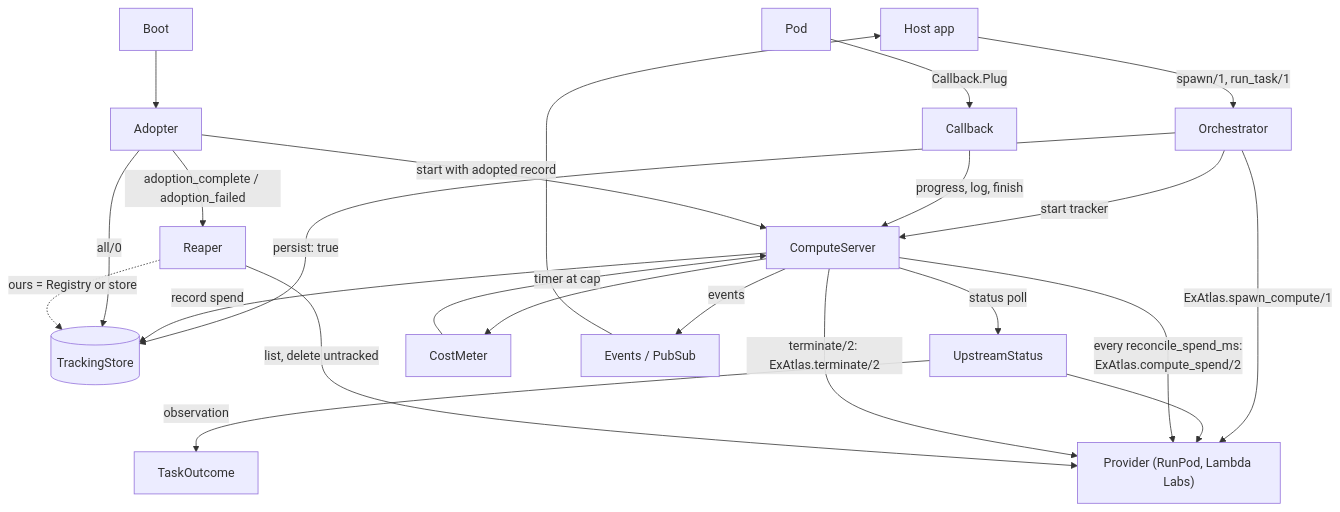
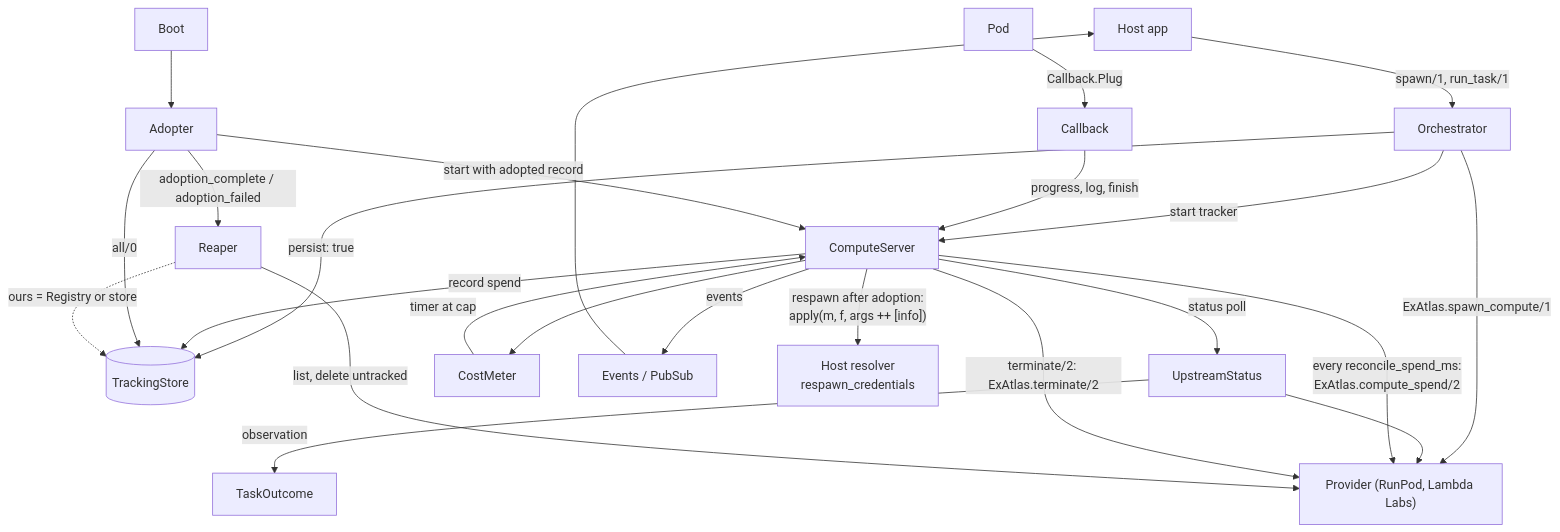
One commit to udin-io/ex_atlas changed the first of 4 diagrams in docs/architecture.md. Above: the diagram before and after it, drawn with Mermaid. The commit also changed other lines of this file and 15 other files, not shown here.

First line of the commit message:
Respawn after adoption: a host resolver re-supplies s3: and env: (#88)

````diff
--- a/docs/architecture.md
+++ b/docs/architecture.md
@@ -59,25 +60,26 @@
 ```mermaid
 flowchart TD
   host["Host app"] -->|"spawn/1, run_task/1"| orc["Orchestrator"]
   orc -->|"ExAtlas.spawn_compute/1"| prov["Provider (RunPod, Lambda Labs)"]
   orc -->|"persist: true"| store[("TrackingStore")]
   orc -->|"start tracker"| cs["ComputeServer"]
   cs -->|"status poll"| us["UpstreamStatus"]
   us --> prov
   us -->|"observation"| to["TaskOutcome"]
   cs --> cm["CostMeter"]
   cm -->|"timer at cap"| cs
   cs -->|"every reconcile_spend_ms:<br/>ExAtlas.compute_spend/2"| prov
   cs -->|"record spend"| store
   cs -->|"events"| ev["Events / PubSub"]
   ev --> host
   cs -->|"terminate/2: ExAtlas.terminate/2"| prov
   pod["Pod"] -->|"Callback.Plug"| cb["Callback"]
   cb -->|"progress, log, finish"| cs
   boot["Boot"] --> ad["Adopter"]
   ad -->|"all/0"| store
   ad -->|"start with adopted record"| cs
+  cs -->|"respawn after adoption:<br/>apply(m, f, args ++ [info])"| res["Host resolver<br/>respawn_credentials"]
   ad -->|"adoption_complete / adoption_failed"| rp["Reaper"]
   rp -->|"list, delete untracked"| prov
   rp -.->|"ours = Registry or store"| store
 ```
````
